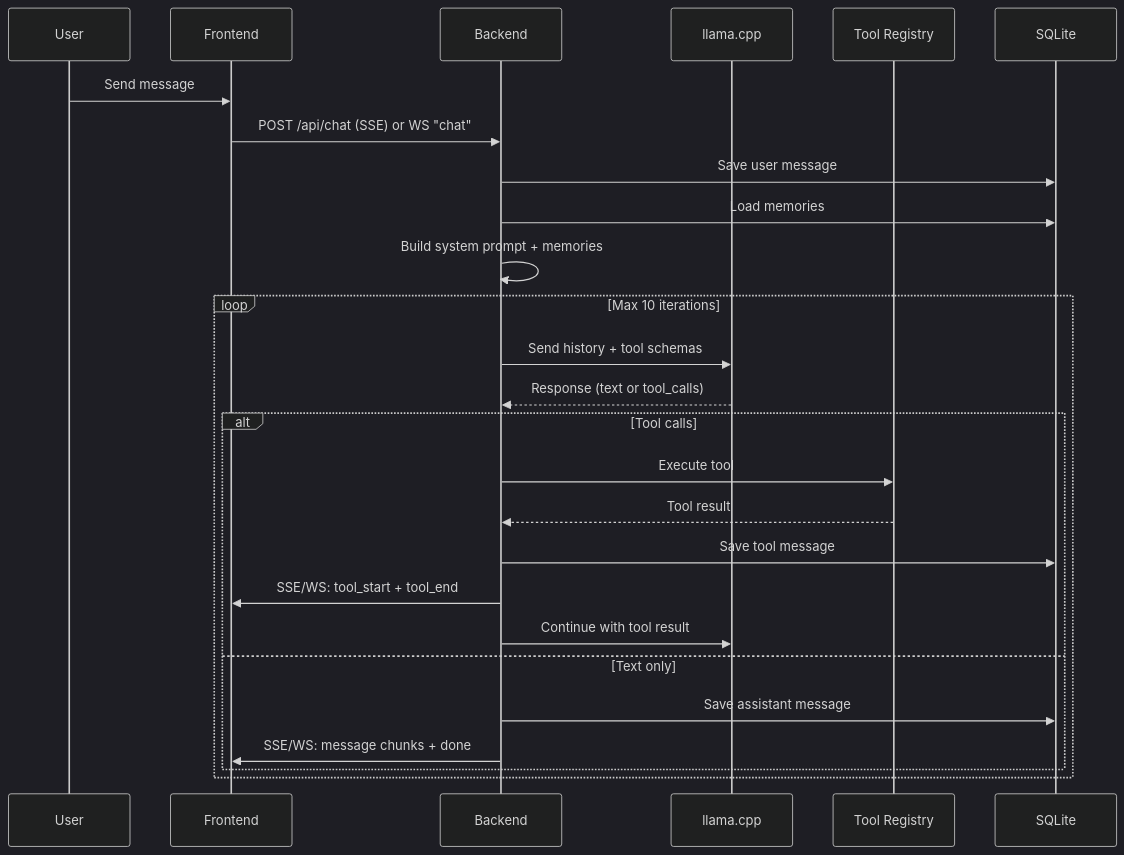
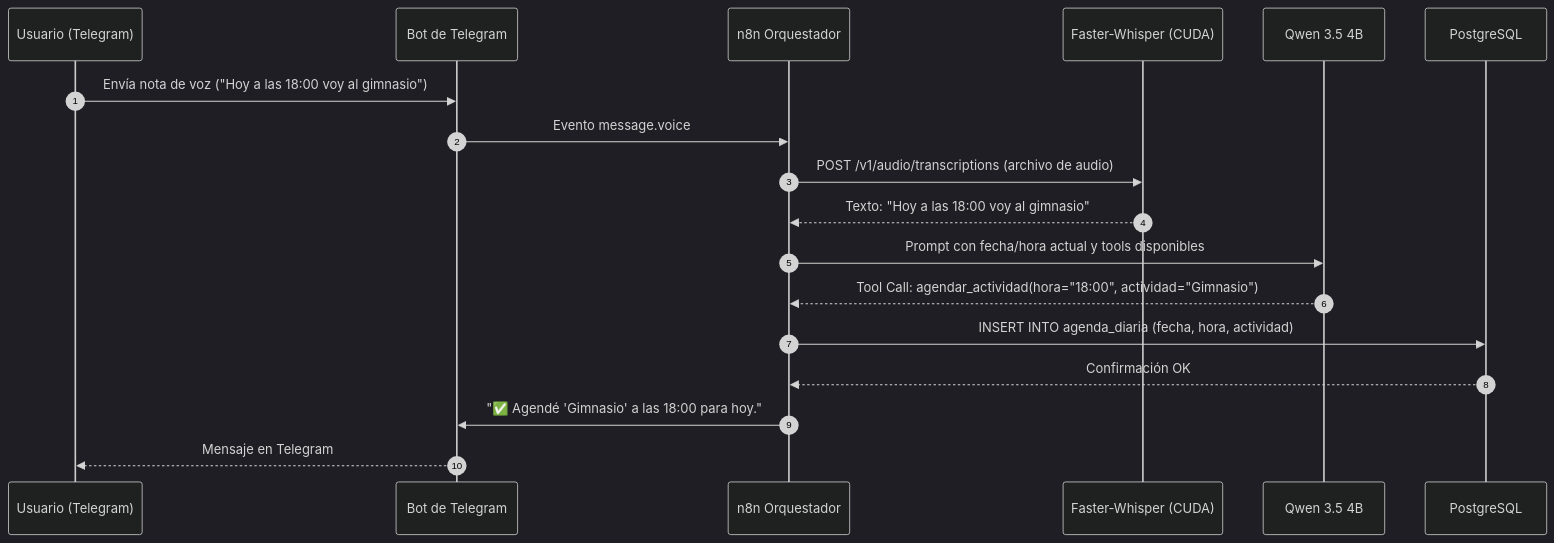
Before and after one commit to EduMMorenolp/llama-engine-agent: the third of 4 diagrams in docs/ARCHITECTURE.md, drawn with Mermaid (dark theme). The commit also changed other lines of this file and 171 other files, not shown here.

````diff
--- a/docs/ARCHITECTURE.md
+++ b/docs/ARCHITECTURE.md
@@ -56,31 +58,21 @@
 ```mermaid
 sequenceDiagram
-    participant U as User
-    participant FE as Frontend
-    participant BE as Backend
-    participant LLM as llama.cpp
-    participant Tools as Tool Registry
-    participant DB as SQLite
+    autonumber
+    participant User as Usuario (Telegram)
+    participant TG as Bot de Telegram
+    participant N8N as n8n Orquestador
+    participant FW as Faster-Whisper (CUDA)
+    participant LLM as Qwen 3.5 4B
+    participant PG as PostgreSQL
 
-    U->>FE: Send message
-    FE->>BE: POST /api/chat (SSE) or WS "chat"
-    BE->>DB: Save user message
-    BE->>DB: Load memories
-    BE->>BE: Build system prompt + memories
-
-    loop Max 10 iterations
-        BE->>LLM: Send history + tool schemas
-        LLM-->>BE: Response (text or tool_calls)
-
-        alt Tool calls
-            BE->>Tools: Execute tool
-            Tools-->>BE: Tool result
-            BE->>DB: Save tool message
-            BE->>FE: SSE/WS: tool_start + tool_end
-            BE->>LLM: Continue with tool result
-        else Text only
-            BE->>DB: Save assistant message
-            BE->>FE: SSE/WS: message chunks + done
-        end
-    end
+    User->>TG: Envía nota de voz ("Hoy a las 18:00 voy al gimnasio")
+    TG->>N8N: Evento message.voice
+    N8N->>FW: POST /v1/audio/transcriptions (archivo de audio)
+    FW-->>N8N: Texto: "Hoy a las 18:00 voy al gimnasio"
+    N8N->>LLM: Prompt con fecha/hora actual y tools disponibles
+    LLM-->>N8N: Tool Call: agendar_actividad(hora="18:00", actividad="Gimnasio")
+    N8N->>PG: INSERT INTO agenda_diaria (fecha, hora, actividad)
+    PG-->>N8N: Confirmación OK
+    N8N->>TG: "✅ Agendé 'Gimnasio' a las 18:00 para hoy."
+    TG-->>User: Mensaje en Telegram
 ```
````
